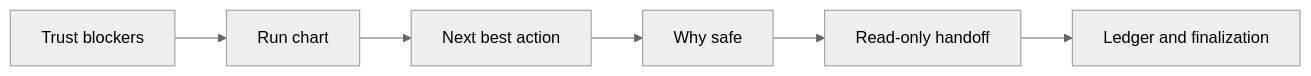
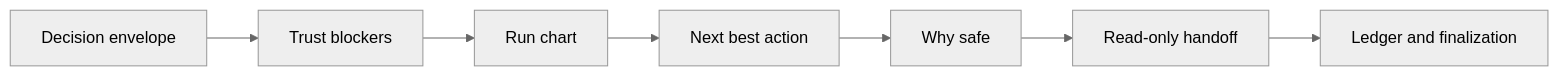
The fifth of 5 diagrams in plugins/codex-autoresearch/docs/workflows.md (TheGreenCedar/codex-autoresearch), drawn with Mermaid (neutral theme) before and after one commit. The commit also changed other lines of this file and 33 other files, not shown here.

Commit message:
harden autoresearch resume flow 1.4.0

````diff
--- a/plugins/codex-autoresearch/docs/workflows.md
+++ b/plugins/codex-autoresearch/docs/workflows.md
@@ -75,8 +75,9 @@
 ```mermaid
 flowchart LR
-  A["Trust blockers"] --> B["Run chart"]
-  B --> C["Next best action"]
-  C --> D["Why safe"]
-  D --> E["Read-only handoff"]
-  E --> F["Ledger and finalization"]
+  A["Decision envelope"] --> B["Trust blockers"]
+  B --> C["Run chart"]
+  C --> D["Next best action"]
+  D --> E["Why safe"]
+  E --> F["Read-only handoff"]
+  F --> G["Ledger and finalization"]
 ```
````
